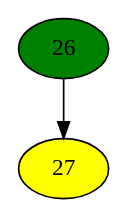
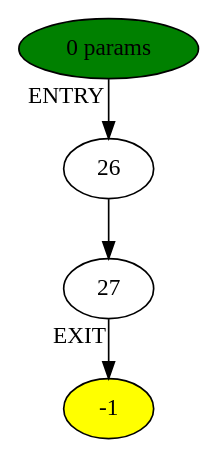
The diagram in test_files/test_files/function_Pseudo-main at 0 (ID 0).dot (brianedmonds90/CFG-Hip-Hop), drawn with Graphviz before and after one commit. The commit also changed 4 other files, not shown here.

```diff
--- a/test_files/test_files/function_Pseudo-main at 0 (ID 0).dot
+++ b/test_files/test_files/function_Pseudo-main at 0 (ID 0).dot
@@ -1,22 +1,24 @@
 digraph testName {
 0 [label="26" tooltip="FPushFuncD
 Int
 FPassCE
 Int
 FPassCE
 FCall
 PopR
 "];
-1 [label="27" fillcolor= yellow, style = filled,  tooltip="FPushFuncD
+1 [label="27" tooltip="FPushFuncD
 Int
 FPassCE
 Int
 FPassCE
 FCall
 PopR
 Int
 RetC
 "];
 0 -> 1;
-0 [fillcolor = green, style = filled]
+-2 -> 0[xlabel="ENTRY"];
+1 -> -1[xlabel="EXIT"];
+-2 [fillcolor = green, style = filled]-1 [fillcolor= yellow, style = filled] -2 [label="0 params"];
 }
```
